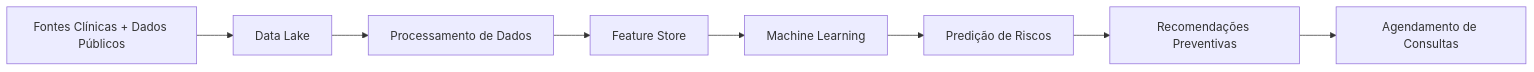
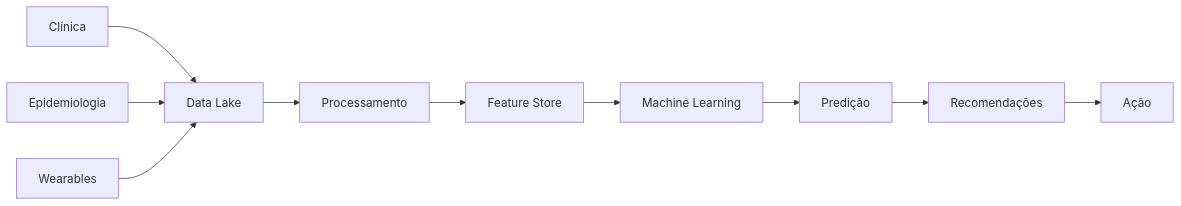
Before and after one commit to ccps1-care-predict/care-plus-ccps1: the second of 2 diagrams in ARQUITETURA DE DADOS.md, drawn with Mermaid. The commit also changed other lines of this file and 11 other files, not shown here.

````diff
--- a/ARQUITETURA DE DADOS.md
+++ b/ARQUITETURA DE DADOS.md
@@ -473,20 +661,26 @@
 ```mermaid
 flowchart LR
 
-A[Fontes Clínicas + Dados Públicos]
-B[Data Lake]
-C[Processamento de Dados]
-D[Feature Store]
-E[Machine Learning]
-F[Predição de Riscos]
-G[Recomendações Preventivas]
-H[Agendamento de Consultas]
+A[Clínica]
+B[Epidemiologia]
+C[Wearables]
+D[Data Lake]
+E[Processamento]
+F[Feature Store]
+G[Machine Learning]
+H[Predição]
+I[Recomendações]
+J[Ação]
 
-A --> B
-B --> C
+A --> D
+B --> D
 C --> D
+
 D --> E
 E --> F
+
 F --> G
 G --> H
+H --> I
+I --> J
 ```
````
